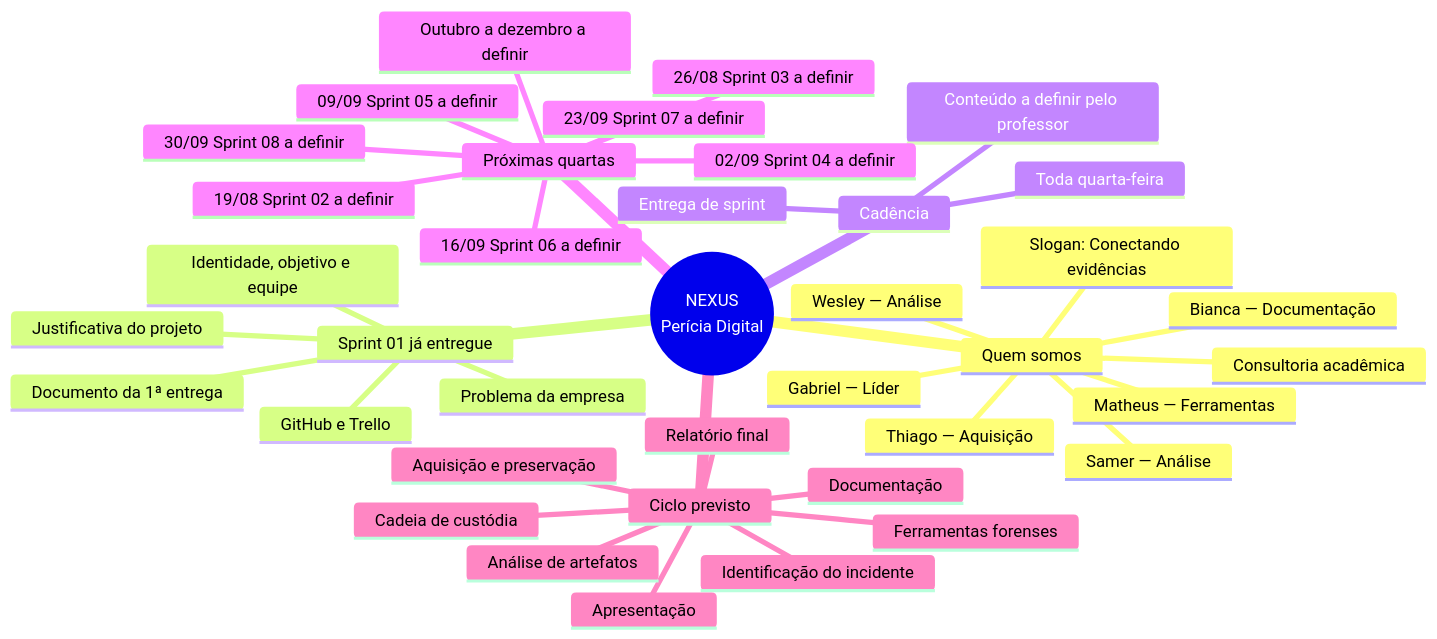
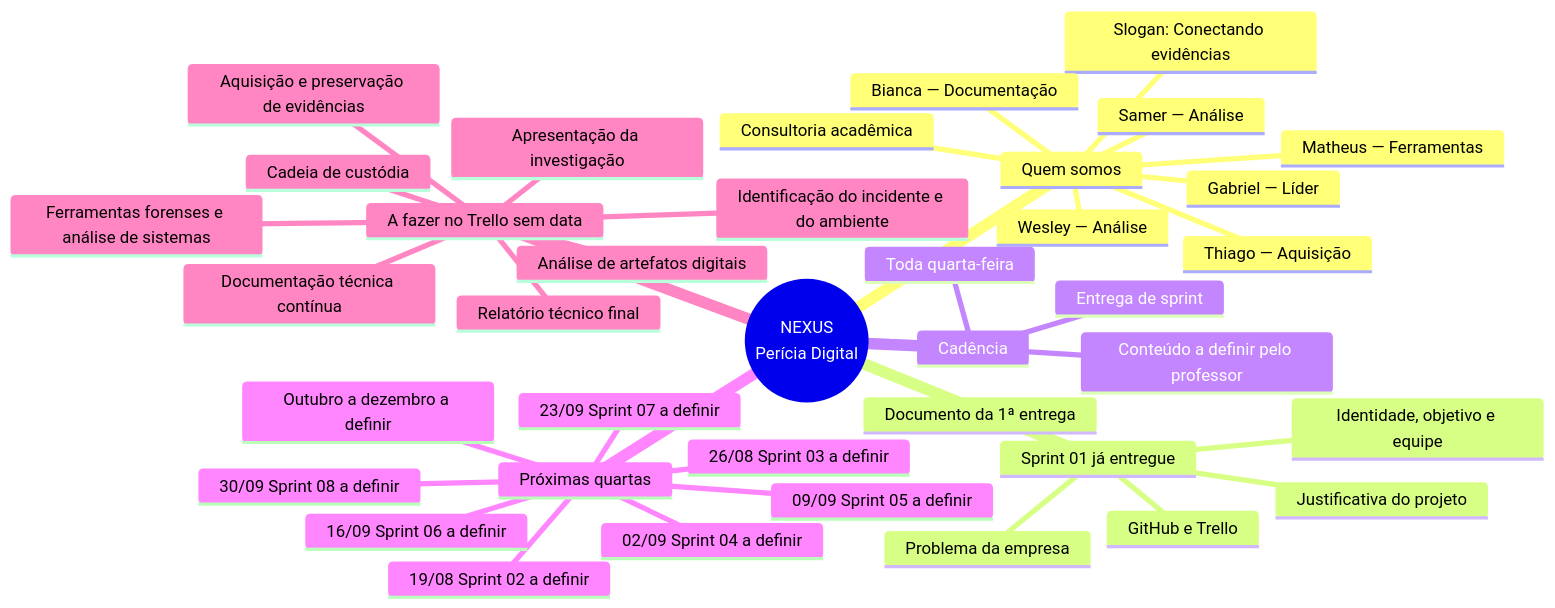
One commit to gabriellucasalves/Nexus-interprise changed the diagram in docs/CRONOGRAMA.md. Above: the diagram before and after it, drawn with Mermaid. The commit also changed other lines of this file, not shown here.

Commit message:
Documenta cards A fazer sem data no cronograma

````diff
--- a/docs/CRONOGRAMA.md
+++ b/docs/CRONOGRAMA.md
@@ -7,41 +7,41 @@
 ```mermaid
 mindmap
   root((NEXUS<br/>Perícia Digital))
     Quem somos
       Consultoria acadêmica
       Slogan: Conectando evidências
       Gabriel — Líder
       Thiago — Aquisição
       Wesley — Análise
       Matheus — Ferramentas
       Samer — Análise
       Bianca — Documentação
     Sprint 01 já entregue
       Problema da empresa
       Justificativa do projeto
       Identidade, objetivo e equipe
       Documento da 1ª entrega
       GitHub e Trello
     Cadência
       Toda quarta-feira
       Entrega de sprint
       Conteúdo a definir pelo professor
     Próximas quartas
       19/08 Sprint 02 a definir
       26/08 Sprint 03 a definir
       02/09 Sprint 04 a definir
       09/09 Sprint 05 a definir
       16/09 Sprint 06 a definir
       23/09 Sprint 07 a definir
       30/09 Sprint 08 a definir
       Outubro a dezembro a definir
-    Ciclo previsto
-      Identificação do incidente
-      Aquisição e preservação
+    A fazer no Trello sem data
+      Identificação do incidente e do ambiente
+      Aquisição e preservação de evidências
       Cadeia de custódia
-      Análise de artefatos
-      Ferramentas forenses
-      Documentação
-      Relatório final
-      Apresentação
+      Análise de artefatos digitais
+      Ferramentas forenses e análise de sistemas
+      Documentação técnica contínua
+      Relatório técnico final
+      Apresentação da investigação
 ```
````
